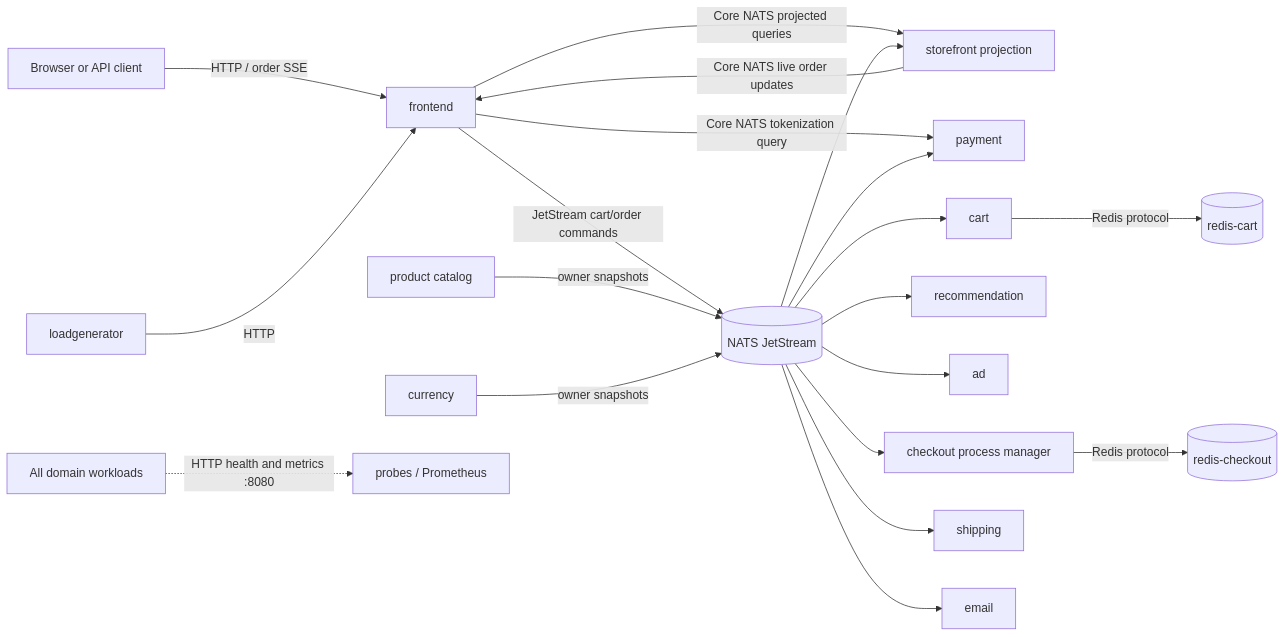
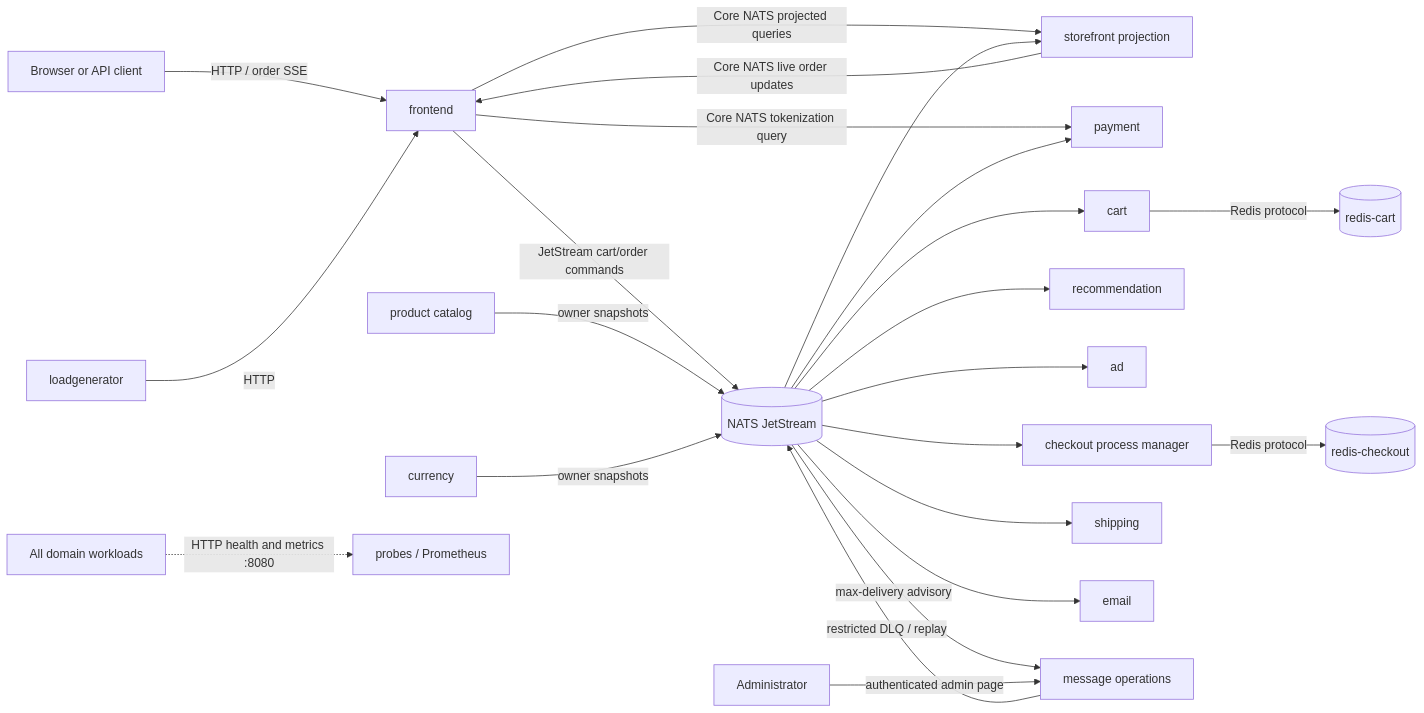
One commit to Matslo1234/microservices-demo-nats changed the first of 2 diagrams in docs/current-service-interactions.md. Above: the diagram before and after it, drawn with Mermaid. The commit also changed other lines of this file and 37 other files, not shown here.

````diff
--- a/docs/current-service-interactions.md
+++ b/docs/current-service-interactions.md
@@ -10,25 +12,28 @@
 ```mermaid
 flowchart LR
     User[Browser or API client] -->|HTTP / order SSE| FE[frontend]
     Load[loadgenerator] -->|HTTP| FE
 
     FE -->|Core NATS projected queries| Projection[storefront projection]
     Projection -->|Core NATS live order updates| FE
     FE -->|JetStream cart/order commands| NATS[(NATS JetStream)]
     FE -->|Core NATS tokenization query| Payment[payment]
 
     Catalog[product catalog] -->|owner snapshots| NATS
     Currency[currency] -->|owner snapshots| NATS
     NATS --> Cart[cart]
     NATS --> Recommendation[recommendation]
     NATS --> Ad[ad]
     NATS --> Checkout[checkout process manager]
     NATS --> Shipping[shipping]
     NATS --> Payment
     NATS --> Email[email]
     NATS --> Projection
+    NATS -->|max-delivery advisory| MessageOps[message operations]
+    MessageOps -->|restricted DLQ / replay| NATS
+    Admin[Administrator] -->|authenticated admin page| MessageOps
     Cart -->|Redis protocol| CartRedis[(redis-cart)]
     Checkout -->|Redis protocol| CheckoutRedis[(redis-checkout)]
 
     Apps[All domain workloads] -.->|HTTP health and metrics :8080| Monitor[probes / Prometheus]
 ```
````
